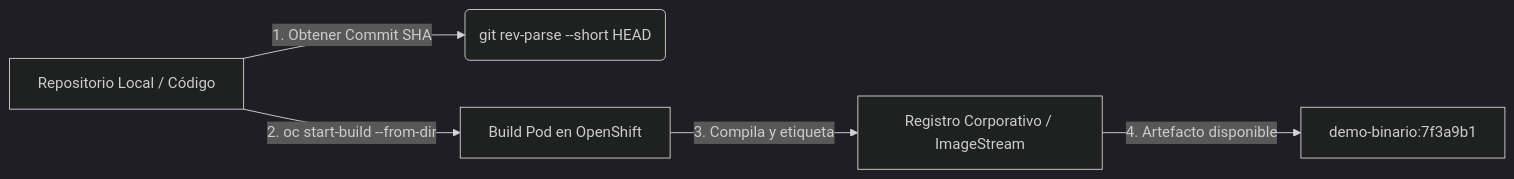
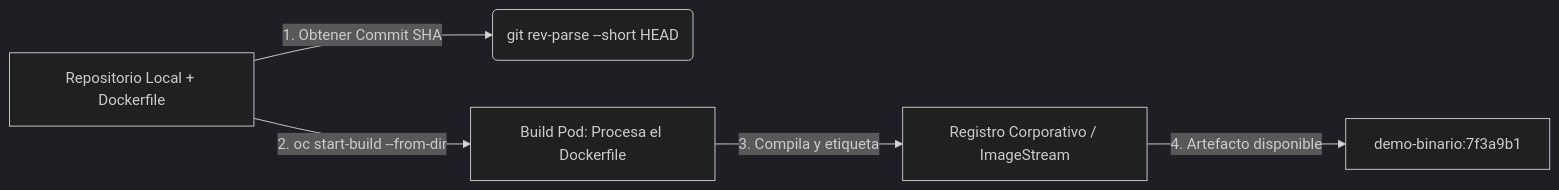
One commit to ieftraining/curso-openshift changed the seventh of 7 diagrams in docs/sesion4/4.5 Construir en la plataforma.md. Above: the diagram before and after it, drawn with Mermaid (dark theme). The commit also changed other lines of this file, not shown here.

````diff
--- a/docs/sesion4/4.5 Construir en la plataforma.md
+++ b/docs/sesion4/4.5 Construir en la plataforma.md
@@ -246,7 +214,7 @@
 ```mermaid
 flowchart LR
-    A[Repositorio Local / Código] -->|1. Obtener Commit SHA| B(git rev-parse --short HEAD)
-    A -->|2. oc start-build --from-dir| C[Build Pod en OpenShift]
+    A[Repositorio Local + Dockerfile] -->|1. Obtener Commit SHA| B(git rev-parse --short HEAD)
+    A -->|2. oc start-build --from-dir| C[Build Pod: Procesa el Dockerfile]
     C -->|3. Compila y etiqueta| D[Registro Corporativo / ImageStream]
     D -->|4. Artefacto disponible| E[demo-binario:7f3a9b1]
 ```
````
